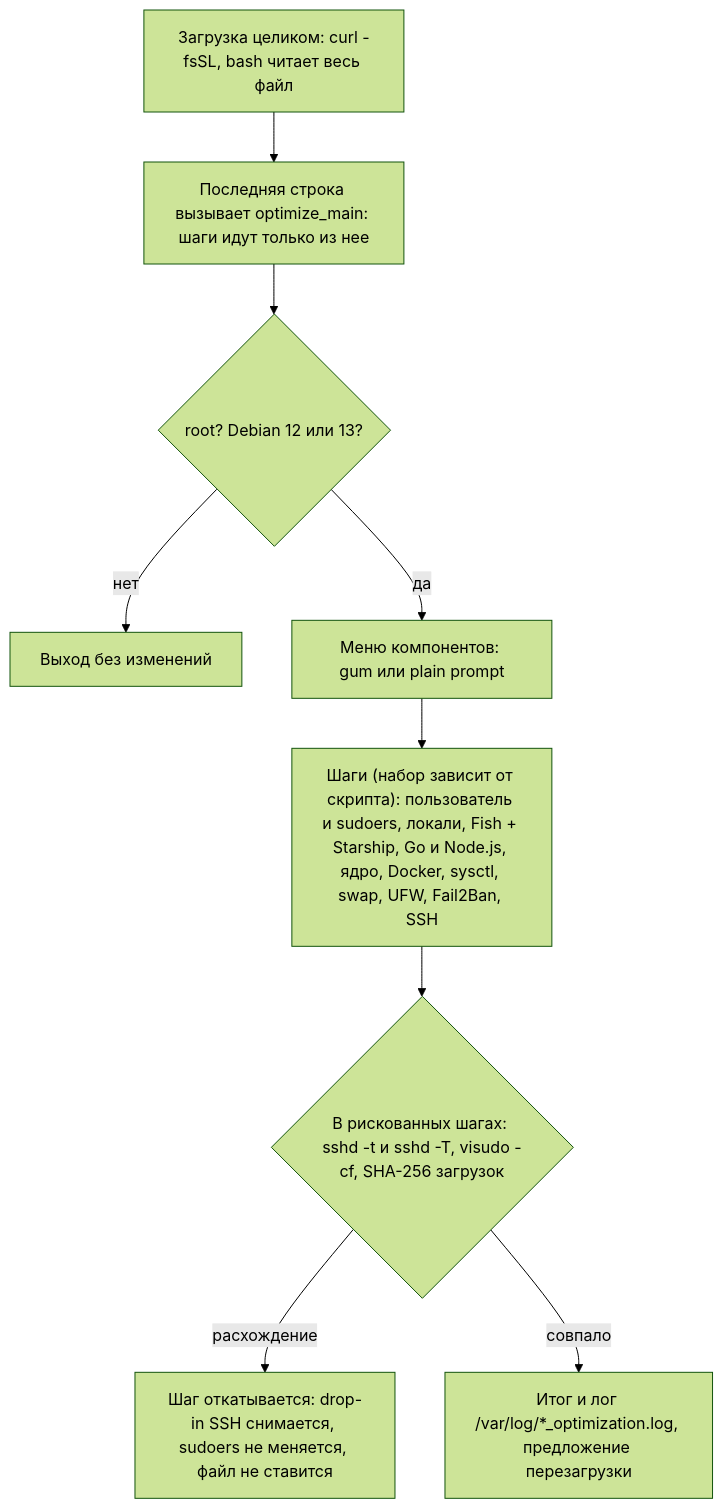
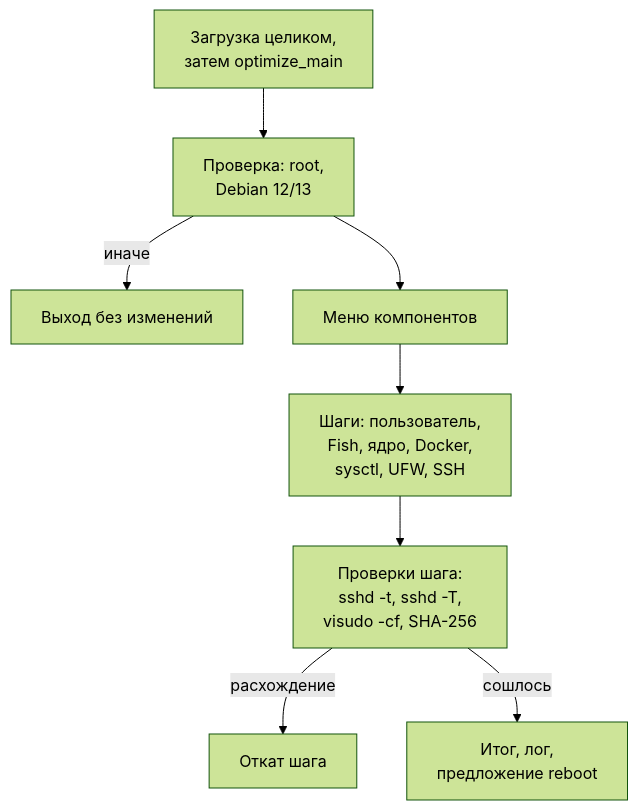
Before and after one commit to snaplyze/optimize-debian: the diagram in README.md, drawn with Mermaid (forest theme). The commit also changed other lines of this file and 7 other files, not shown here.

First line of the commit message:
docs: make the diagrams of README and the guides readable on GitHub

````diff
--- a/README.md
+++ b/README.md
@@ -138,11 +138,10 @@
 ```mermaid
 flowchart TD
-    A["Загрузка целиком: curl -fsSL, bash читает весь файл"] --> B["Последняя строка вызывает optimize_main: шаги идут только из нее"]
-    B --> C{"root? Debian 12 или 13?"}
-    C -->|нет| X["Выход без изменений"]
-    C -->|да| D["Меню компонентов: gum или plain prompt"]
-    D --> E["Шаги (набор зависит от скрипта): пользователь и sudoers, локали, Fish + Starship, Go и Node.js, ядро, Docker, sysctl, swap, UFW, Fail2Ban, SSH"]
-    E --> F{"В рискованных шагах: sshd -t и sshd -T, visudo -cf, SHA-256 загрузок"}
-    F -->|расхождение| R["Шаг откатывается: drop-in SSH снимается, sudoers не меняется, файл не ставится"]
-    F -->|совпало| G["Итог и лог /var/log/*_optimization.log, предложение перезагрузки"]
+    A["Загрузка целиком,<br>затем optimize_main"] --> C["Проверка: root,<br>Debian 12/13"]
+    C -->|иначе| X["Выход без изменений"]
+    C --> D["Меню компонентов"]
+    D --> E["Шаги: пользователь,<br>Fish, ядро, Docker,<br>sysctl, UFW, SSH"]
+    E --> F["Проверки шага:<br>sshd -t, sshd -T,<br>visudo -cf, SHA-256"]
+    F -->|расхождение| R["Откат шага"]
+    F -->|сошлось| G["Итог, лог,<br>предложение reboot"]
 ```
````
